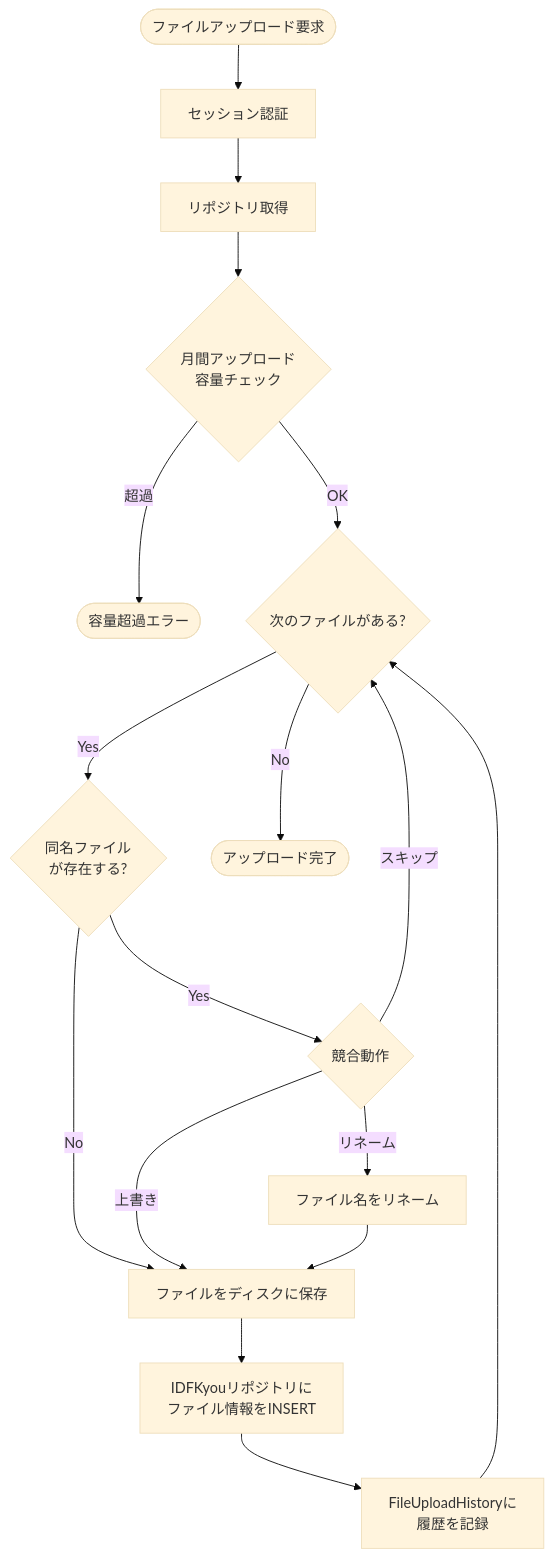
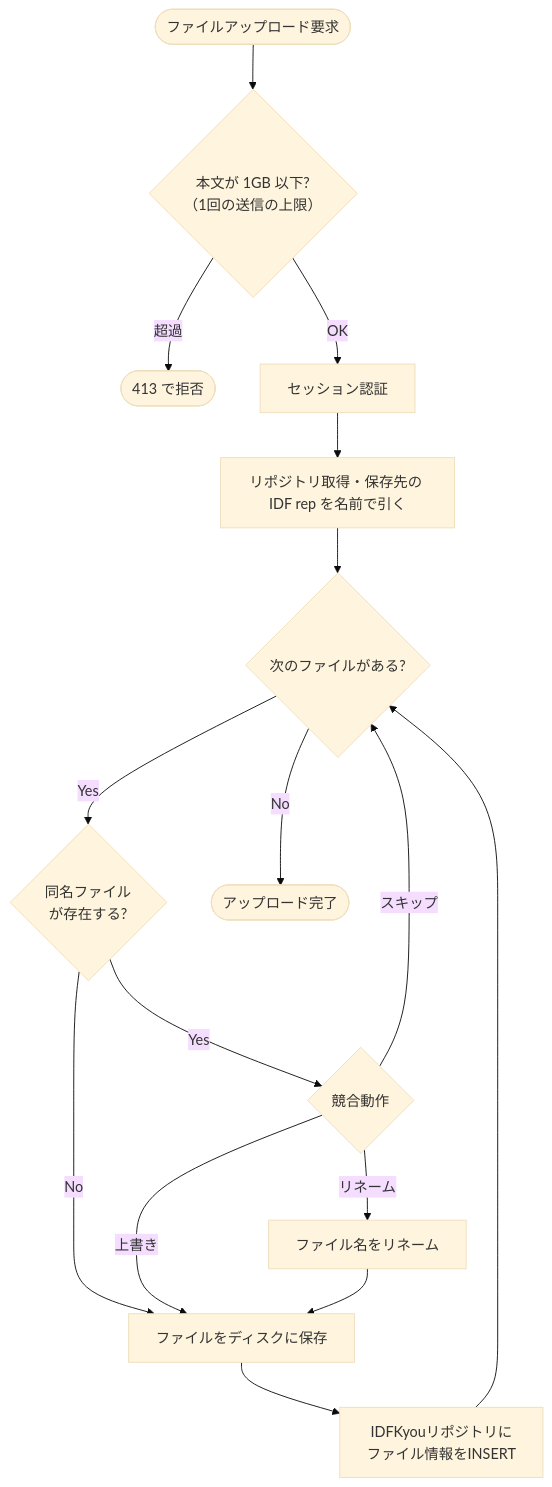
Before and after one commit to mt3hr/gkill: the fourth of 15 diagrams in documents/reverse/activity-diagrams.md, drawn with Mermaid (base theme). The commit also changed other lines of this file and 220 other files, not shown here.

````diff
--- a/documents/reverse/activity-diagrams.md
+++ b/documents/reverse/activity-diagrams.md
@@ -158,24 +158,22 @@
 ```mermaid
 flowchart TD
-    Start([ファイルアップロード要求]) --> Auth[セッション認証]
-    Auth --> GetRepos[リポジトリ取得]
-    GetRepos --> CheckQuota{月間アップロード<br>容量チェック}
-
-    CheckQuota -->|超過| QuotaError([容量超過エラー])
-    CheckQuota -->|OK| LoopFiles{次のファイルがある?}
+    Start([ファイルアップロード要求]) --> BodyLimit{本文が 1GB 以下?<br>（1回の送信の上限）}
+    BodyLimit -->|超過| SizeError([413 で拒否])
+    BodyLimit -->|OK| Auth[セッション認証]
+    Auth --> GetRepos[リポジトリ取得・保存先の IDF rep を名前で引く]
+    GetRepos --> LoopFiles{次のファイルがある?}
 
     LoopFiles -->|Yes| CheckConflict{同名ファイル<br>が存在する?}
     CheckConflict -->|No| SaveFile[ファイルをディスクに保存]
     CheckConflict -->|Yes| ConflictBehavior{競合動作}
 
     ConflictBehavior -->|上書き| SaveFile
     ConflictBehavior -->|スキップ| LoopFiles
     ConflictBehavior -->|リネーム| Rename[ファイル名をリネーム]
     Rename --> SaveFile
 
     SaveFile --> AddIDF[IDFKyouリポジトリに<br>ファイル情報をINSERT]
-    AddIDF --> AddHistory[FileUploadHistoryに<br>履歴を記録]
-    AddHistory --> LoopFiles
+    AddIDF --> LoopFiles
 
     LoopFiles -->|No| Success([アップロード完了])
 ```
````
